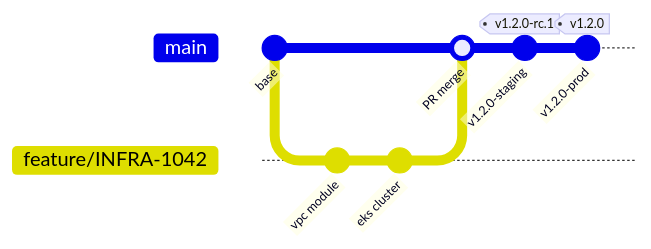
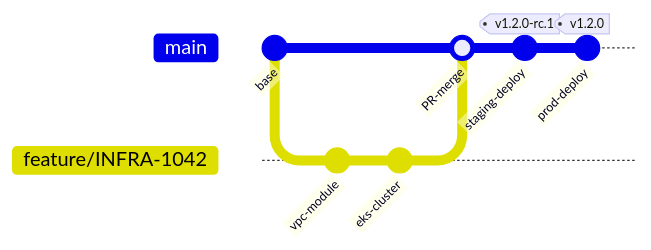
One commit to AkashKhuranaDev/automation-lab changed the second of 2 diagrams in git/enterprise-workflows/README.md. Above: the diagram before and after it, drawn with Mermaid. The commit also changed other lines of this file and 15 other files, not shown here.

````diff
--- a/git/enterprise-workflows/README.md
+++ b/git/enterprise-workflows/README.md
@@ -44,11 +46,11 @@
 ```mermaid
 gitGraph
    commit id: "base"
    branch feature/INFRA-1042
-   commit id: "vpc module"
-   commit id: "eks cluster"
+   commit id: "vpc-module"
+   commit id: "eks-cluster"
    checkout main
-   merge feature/INFRA-1042 id: "PR merge"
-   commit id: "v1.2.0-staging" tag: "v1.2.0-rc.1"
-   commit id: "v1.2.0-prod" tag: "v1.2.0"
+   merge feature/INFRA-1042 id: "PR-merge"
+   commit id: "staging-deploy" tag: "v1.2.0-rc.1"
+   commit id: "prod-deploy" tag: "v1.2.0"
 ```
````
